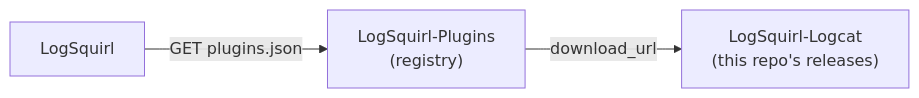
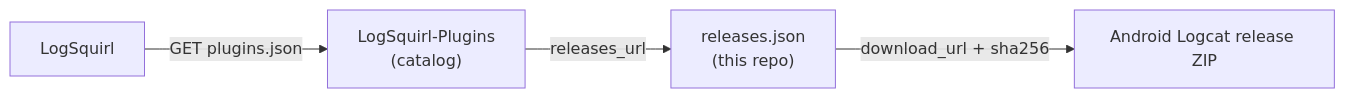
Before and after one commit to 64x-lunicorn/LogSquirl-Logcat: the third of 3 diagrams in README.md, drawn with Mermaid. The commit also changed other lines of this file, not shown here.

````diff
--- a/README.md
+++ b/README.md
@@ -250,5 +266,6 @@
 ```mermaid
 flowchart LR
-    LS["LogSquirl"] -- "GET plugins.json" --> PR["LogSquirl-Plugins\n(registry)"]
-    PR -- "download_url" --> R["LogSquirl-Logcat\n(this repo's releases)"]
+    LS["LogSquirl"] -- "GET plugins.json" --> C["LogSquirl-Plugins<br/>(catalog)"]
+    C -- "releases_url" --> RJ["releases.json<br/>(this repo)"]
+    RJ -- "download_url + sha256" --> Z["Android Logcat release ZIP"]
 ```
````
